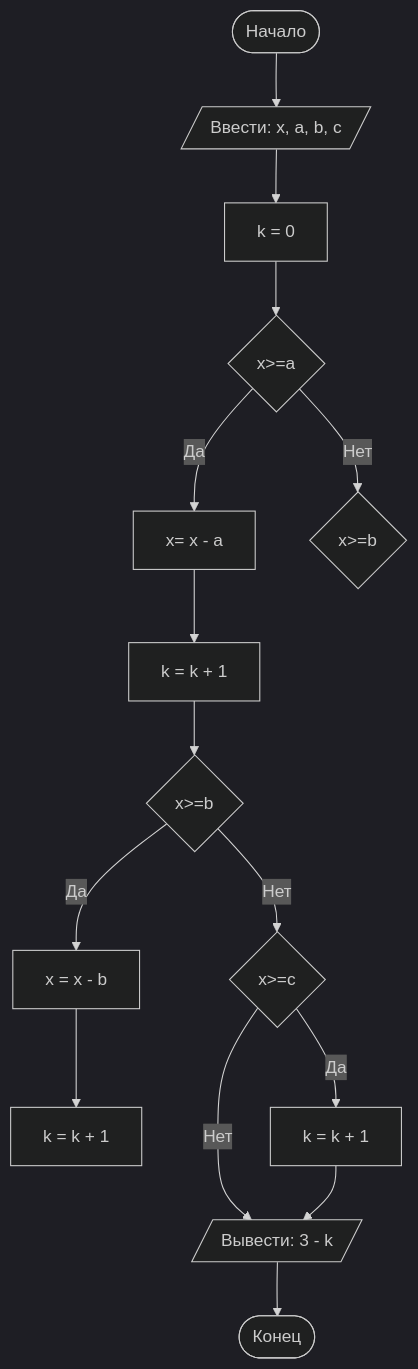
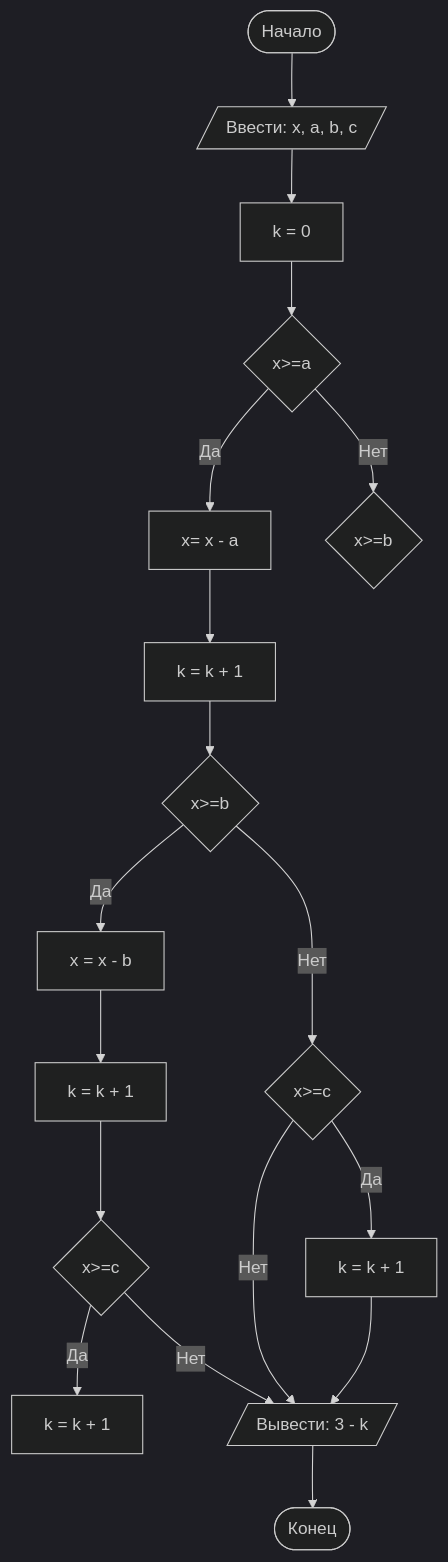
Before and after one commit to DariaVazh/Lab1: the diagram in README.md, drawn with Mermaid (dark theme).

````diff
--- a/README.md
+++ b/README.md
@@ -42,17 +42,20 @@
 ```mermaid
 graph TD
 A([Начало]) --> B[/Ввести: x, a, b, c/]
 B --> C[k = 0]
 C --> D{x>=a}
 D -- Да --> E[x= x - a]
 D -- Нет --> Z{x>=b}
 E --> F[k = k + 1]
 F --> G{x>=b}
 G -- Да --> H[x = x - b]
 H --> I[k = k + 1]
+I --> uC{x>=c}
+uC -- Да --> vc[k = k + 1]
+uC -- Нет --> preEnd
 G -- Нет --> J{x>=c}
 J -- Да --> K[k = k + 1] 
 J -- Нет --> preEnd[/Вывести: 3 - k/]
 K --> preEnd
 preEnd --> End([Конец])
 ``` 
````
